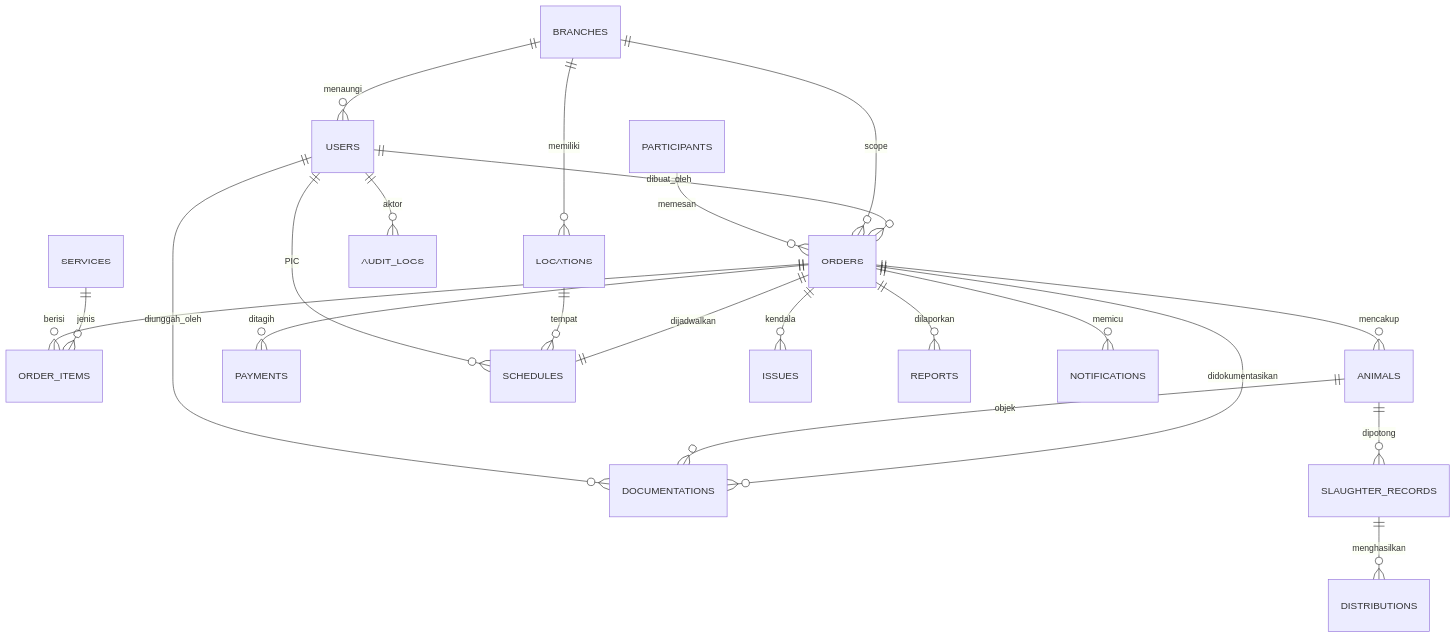
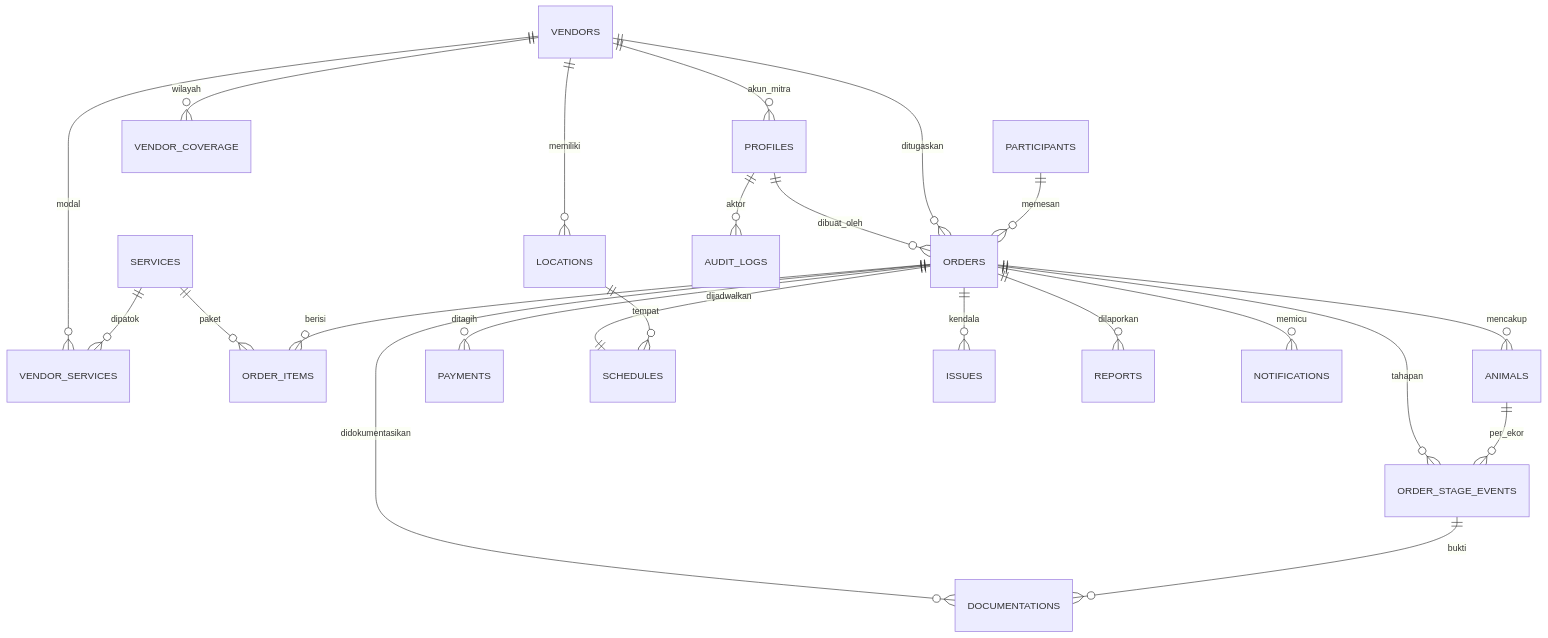
One commit to aiagent-zs/suksesaqiqah1 changed the diagram in docs/05_DATABASE_DESIGN.md. Above: the diagram before and after it, drawn with Mermaid. The commit also changed other lines of this file and 5 other files, not shown here.

````diff
--- a/docs/05_DATABASE_DESIGN.md
+++ b/docs/05_DATABASE_DESIGN.md
@@ -50,24 +94,25 @@
 ```mermaid
 erDiagram
-    USERS ||--o{ ORDERS : "dibuat_oleh"
-    BRANCHES ||--o{ USERS : "menaungi"
-    BRANCHES ||--o{ LOCATIONS : "memiliki"
-    BRANCHES ||--o{ ORDERS : "scope"
-    SERVICES ||--o{ ORDER_ITEMS : "jenis"
+    PROFILES ||--o{ ORDERS : "dibuat_oleh"
+    VENDORS ||--o{ PROFILES : "akun_mitra"
+    VENDORS ||--o{ VENDOR_SERVICES : "modal"
+    VENDORS ||--o{ VENDOR_COVERAGE : "wilayah"
+    VENDORS ||--o{ LOCATIONS : "memiliki"
+    VENDORS ||--o{ ORDERS : "ditugaskan"
+    SERVICES ||--o{ VENDOR_SERVICES : "dipatok"
+    SERVICES ||--o{ ORDER_ITEMS : "paket"
     PARTICIPANTS ||--o{ ORDERS : "memesan"
     ORDERS ||--o{ ORDER_ITEMS : "berisi"
     ORDERS ||--o{ ANIMALS : "mencakup"
     ORDERS ||--o{ PAYMENTS : "ditagih"
     ORDERS ||--|| SCHEDULES : "dijadwalkan"
+    ORDERS ||--o{ ORDER_STAGE_EVENTS : "tahapan"
     ORDERS ||--o{ DOCUMENTATIONS : "didokumentasikan"
     ORDERS ||--o{ ISSUES : "kendala"
     ORDERS ||--o{ REPORTS : "dilaporkan"
+    ORDERS ||--o{ NOTIFICATIONS : "memicu"
     LOCATIONS ||--o{ SCHEDULES : "tempat"
-    USERS ||--o{ SCHEDULES : "PIC"
-    ANIMALS ||--o{ SLAUGHTER_RECORDS : "dipotong"
-    ANIMALS ||--o{ DOCUMENTATIONS : "objek"
-    SLAUGHTER_RECORDS ||--o{ DISTRIBUTIONS : "menghasilkan"
-    USERS ||--o{ DOCUMENTATIONS : "diunggah_oleh"
-    USERS ||--o{ AUDIT_LOGS : "aktor"
-    ORDERS ||--o{ NOTIFICATIONS : "memicu"
+    ANIMALS ||--o{ ORDER_STAGE_EVENTS : "per_ekor"
+    ORDER_STAGE_EVENTS ||--o{ DOCUMENTATIONS : "bukti"
+    PROFILES ||--o{ AUDIT_LOGS : "aktor"
 ```
````
